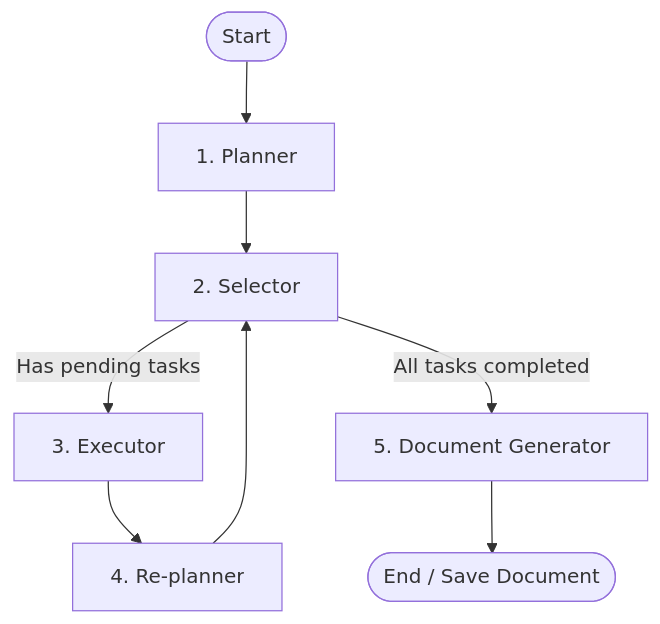
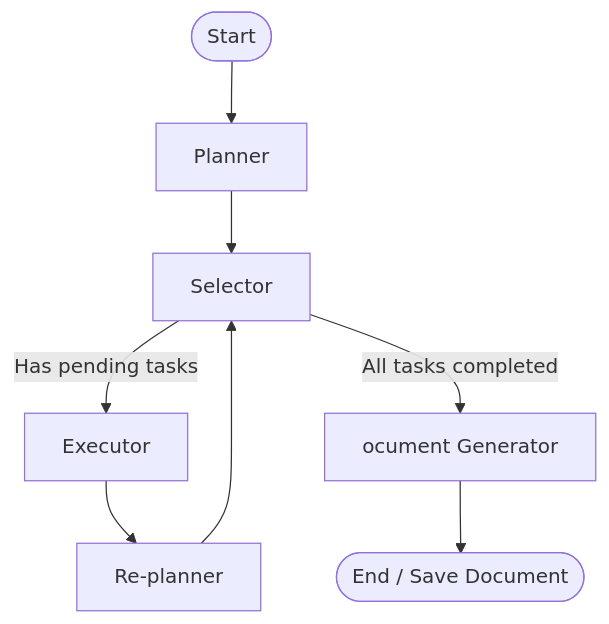
Before and after one commit to Jerry-britto/autonomous_doc_agentic_system: the diagram in README.md, drawn with Mermaid. The commit also changed 6 other files, not shown here.

````diff
--- a/README.md
+++ b/README.md
@@ -24,12 +24,12 @@
 ```mermaid
 graph TD
-    START([Start]) --> Planner[1. Planner]
-    Planner --> Selector[2. Selector]
+    START([Start]) --> Planner[Planner]
+    Planner --> Selector[Selector]
     
-    Selector -->|Has pending tasks| Executor[3. Executor]
-    Executor --> Replanner[4. Re-planner]
+    Selector -->|Has pending tasks| Executor[Executor]
+    Executor --> Replanner[Re-planner]
     Replanner --> Selector
     
-    Selector -->|All tasks completed| Generator[5. Document Generator]
+    Selector -->|All tasks completed| Generator[ocument Generator]
     Generator --> END([End / Save Document])
 ```
````
